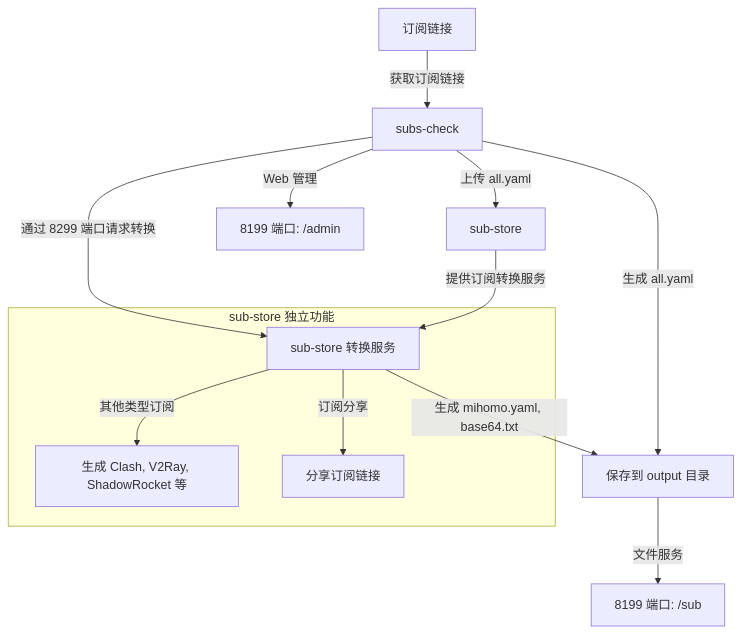
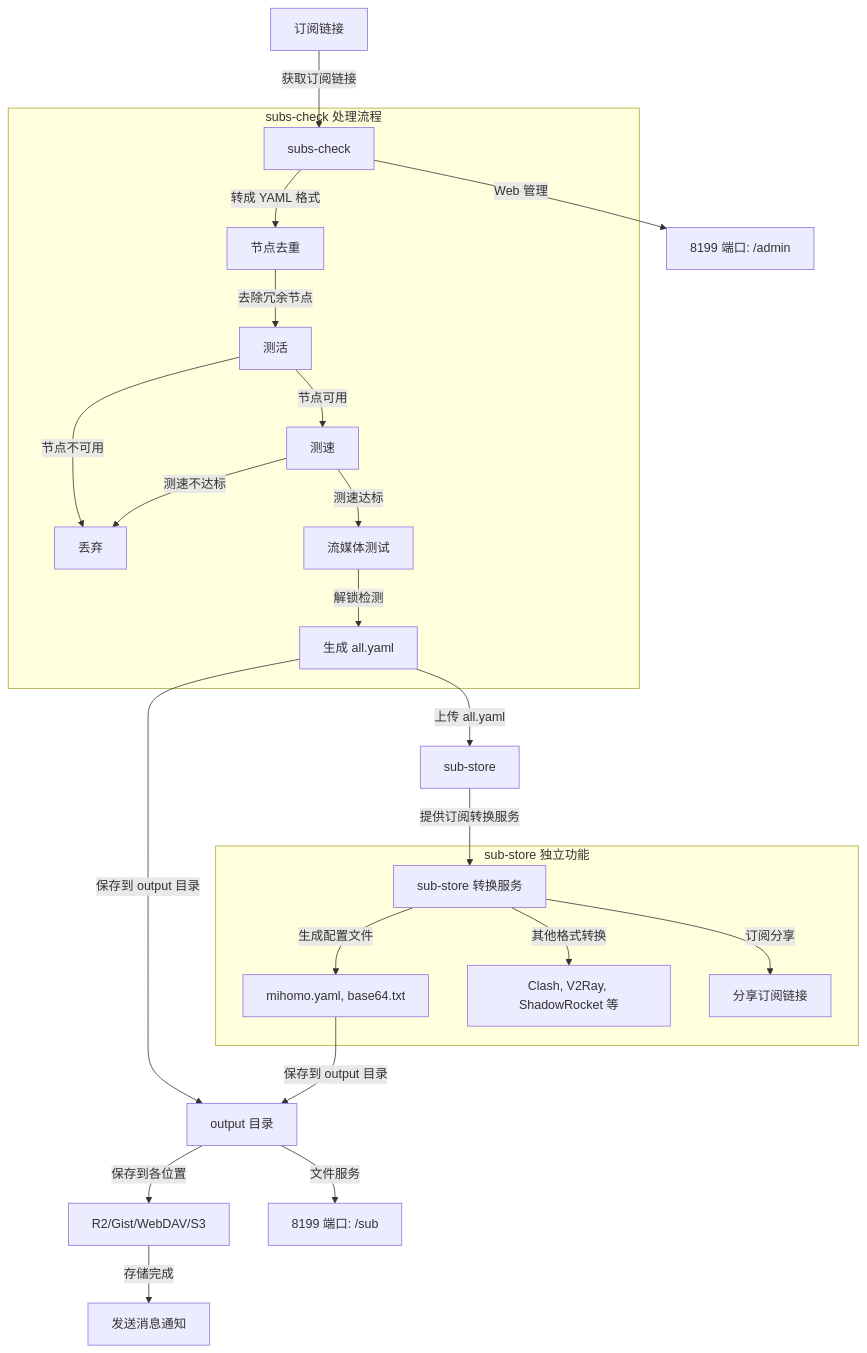
One commit to RockerHX/subs-check changed the diagram in README.md. Above: the diagram before and after it, drawn with Mermaid. The commit also changed other lines of this file and 2 other files, not shown here.

````diff
--- a/README.md
+++ b/README.md
@@ -285,15 +256,26 @@
 ```mermaid
 graph TD
     A[订阅链接] -->|获取订阅链接| B[subs-check]
-    B -->|生成 all.yaml| C[保存到 output 目录]
-    B -->|上传 all.yaml| D[sub-store ]
-    B -->|通过 8299 端口请求转换| E[sub-store 转换服务 ]
-    E -->|生成 mihomo.yaml, base64.txt| C
+    subgraph subs-check 处理流程
+        B -->|转成 YAML 格式| B1[节点去重]
+        B1 -->|去除冗余节点| B2[测活]
+        B2 -->|节点可用| B3[测速]
+        B2 -->|节点不可用| X[丢弃]
+        B3 -->|测速达标| B4[流媒体测试]
+        B3 -->|测速不达标| X[丢弃]
+        B4 -->|解锁检测| B5[生成 all.yaml]
+    end
+    B5 -->|保存到 output 目录| C[output 目录]
+    B5 -->|上传 all.yaml| D[sub-store]
+    C -->|保存到各位置| H1[R2/Gist/WebDAV/S3]
+    H1 -->|存储完成| H2[发送消息通知]
+    D -->|提供订阅转换服务| E[sub-store 转换服务]
+    subgraph sub-store 独立功能
+        E -->|生成配置文件| E1[mihomo.yaml, base64.txt]
+        E -->|其他格式转换| E2[Clash, V2Ray, ShadowRocket 等]
+        E -->|订阅分享| E3[分享订阅链接]
+    end
+    E1 -->|保存到 output 目录| C
     C -->|文件服务| F[8199 端口: /sub]
     B -->|Web 管理| G[8199 端口: /admin]
-    D -->|提供订阅转换服务| E
-    subgraph sub-store 独立功能
-        E -->|其他类型订阅| H1[生成 Clash, V2Ray, ShadowRocket 等]
-        E -->|订阅分享| H2[分享订阅链接]
-    end
 ``` 
````
